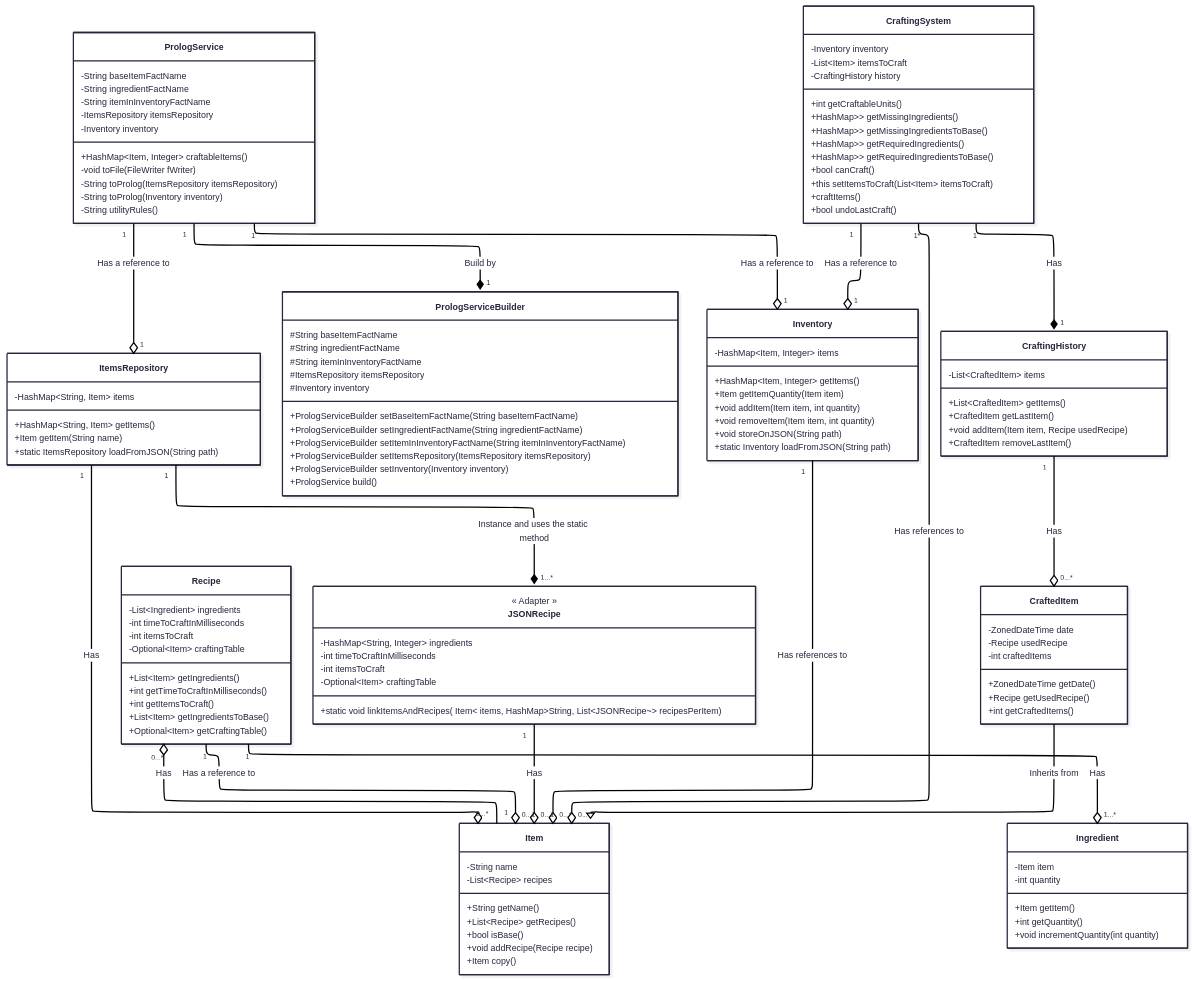
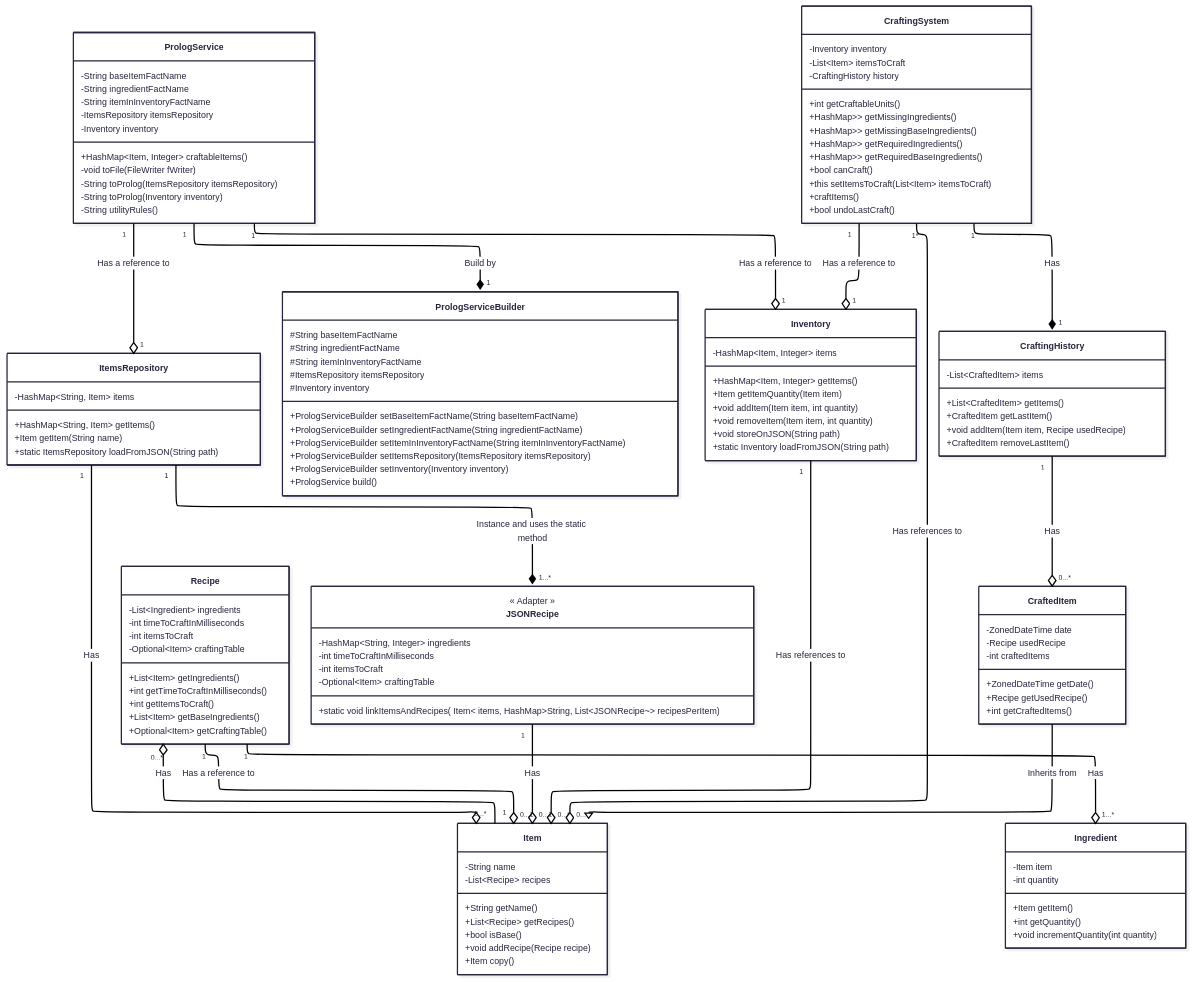
The first of 2 diagrams in README.md (hozlucas28/Java-Practical-Work-2025), drawn with Mermaid before and after one commit. The commit also changed 4 other files, not shown here.

```diff
--- a/README.md
+++ b/README.md
@@ -169,7 +169,7 @@
 	    +List~Item~ getIngredients()
 	    +int getTimeToCraftInMilliseconds()
 	    +int getItemsToCraft()
-	    +List~Item~ getIngredientsToBase()
+	    +List~Item~ getBaseIngredients()
 	    +Optional~Item~ getCraftingTable()
     }
 
@@ -221,9 +221,9 @@
 
 	    +int getCraftableUnits()
         +HashMap<Item, List<List<Ingredient>>> getMissingIngredients()
-        +HashMap<Item, List<List<Ingredient>>> getMissingIngredientsToBase()
+        +HashMap<Item, List<List<Ingredient>>> getMissingBaseIngredients()
 	    +HashMap<Item, List<List<Ingredient>>> getRequiredIngredients()
-	    +HashMap<Item, List<List<Ingredient>>> getRequiredIngredientsToBase()
+	    +HashMap<Item, List<List<Ingredient>>> getRequiredBaseIngredients()
 	    +bool canCraft()
 	    +this setItemsToCraft(List~Item~ itemsToCraft)
 	    +craftItems()
```
